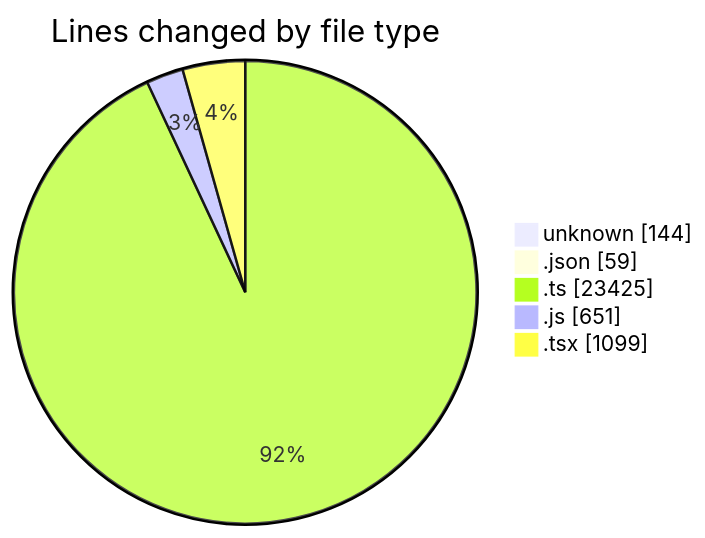
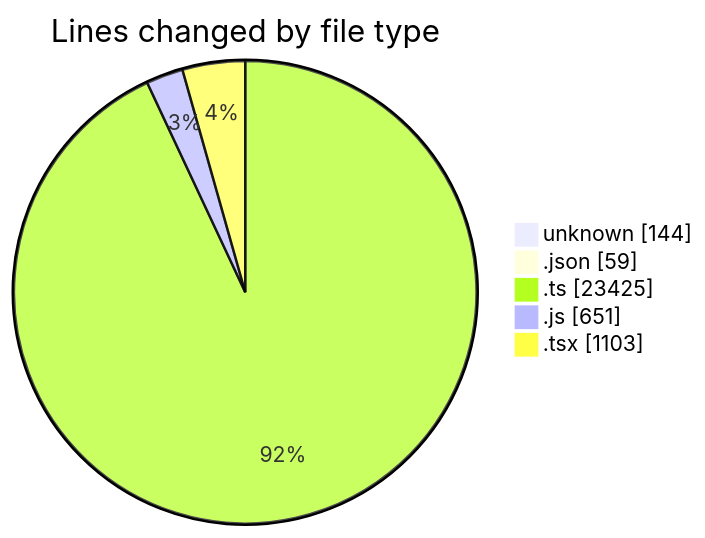
Before and after one commit to momahboobian/code-tracking: the first of 2 diagrams in 2025-11-13/cda/README.md, drawn with Mermaid. The commit also changed other lines of this file and 1 other file, not shown here.

````diff
--- a/2025-11-13/cda/README.md
+++ b/2025-11-13/cda/README.md
@@ -31,9 +31,9 @@
 ```mermaid
 pie showData
 title Lines changed by file type
 "unknown" : 144
 ".json" : 59
 ".ts" : 23425
 ".js" : 651
-".tsx" : 1099
+".tsx" : 1103
 ```
````
